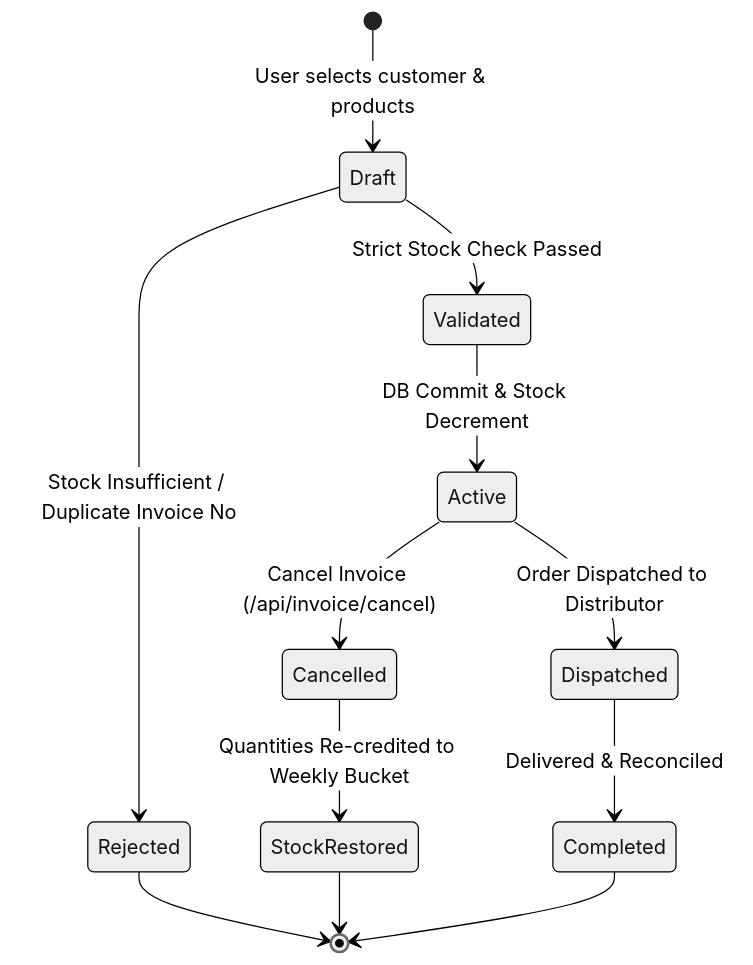
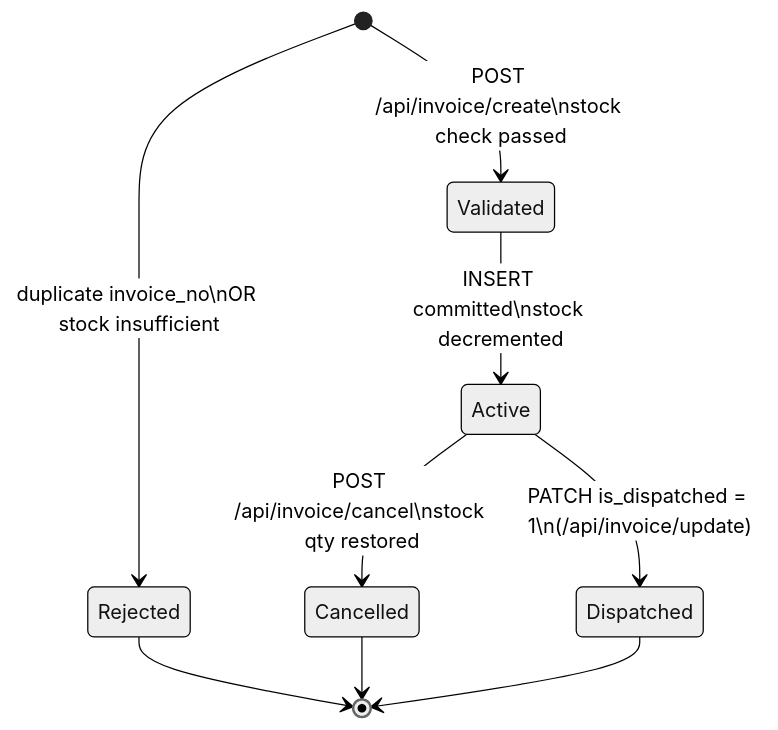
The ninth of 9 diagrams in ARCHITECTURE.md (roshan-pixel/-ledger_web), drawn with Mermaid (neutral theme) before and after one commit. The commit also changed other lines of this file and 1 other file, not shown here.

Commit message:
docs: reverify and fix architecture - correct ERD, portal sync status, ledger JSON storage, DS lookup flow, scheduler timing, full API route directory

````diff
--- a/ARCHITECTURE.md
+++ b/ARCHITECTURE.md
@@ -576,16 +604,14 @@
 ```mermaid
 stateDiagram-v2
-    [*] --> Draft: User selects customer & products
-    Draft --> Validated: Strict Stock Check Passed
-    Draft --> Rejected: Stock Insufficient / Duplicate Invoice No
+    [*] --> Validated : POST /api/invoice/create\nstock check passed
+    [*] --> Rejected : duplicate invoice_no\nOR stock insufficient
+
     Rejected --> [*]
 
-    Validated --> Active: DB Commit & Stock Decrement
-    Active --> Dispatched: Order Dispatched to Distributor
-    Active --> Cancelled: Cancel Invoice (/api/invoice/cancel)
-    
-    Cancelled --> StockRestored: Quantities Re-credited to Weekly Bucket
-    StockRestored --> [*]
-    Dispatched --> Completed: Delivered & Reconciled
-    Completed --> [*]
+    Validated --> Active : INSERT committed\nstock decremented
+    Active --> Dispatched : PATCH is_dispatched = 1\n(/api/invoice/update)
+    Active --> Cancelled : POST /api/invoice/cancel\nstock qty restored
+
+    Cancelled --> [*]
+    Dispatched --> [*]
 ```
````
